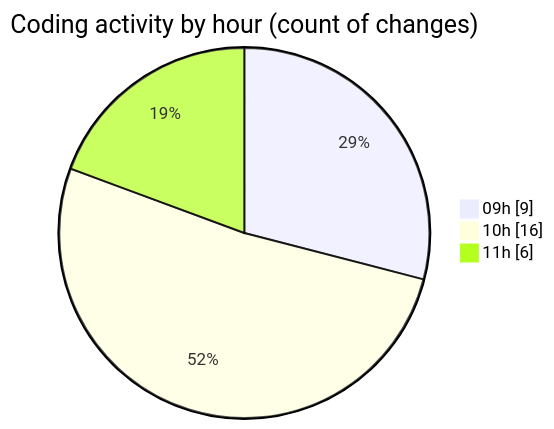
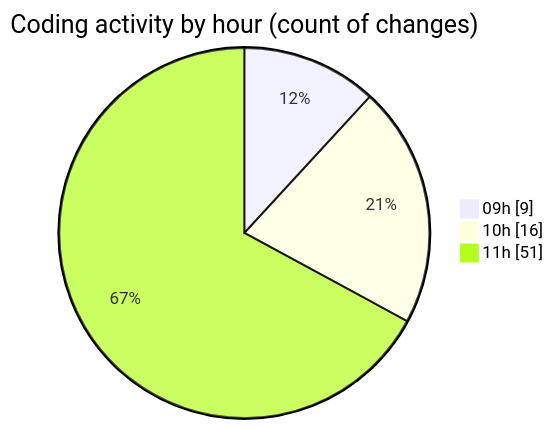
Before and after one commit to momahboobian/code-tracking: the second of 2 diagrams in 2026-09-10/cda/README.md, drawn with Mermaid. The commit also changed other lines of this file and 1 other file, not shown here.

````diff
--- a/2026-09-10/cda/README.md
+++ b/2026-09-10/cda/README.md
@@ -50,7 +88,7 @@
 ```mermaid
 pie showData
 title Coding activity by hour (count of changes)
 "09h" : 9
 "10h" : 16
-"11h" : 6
+"11h" : 51
 ```
````
